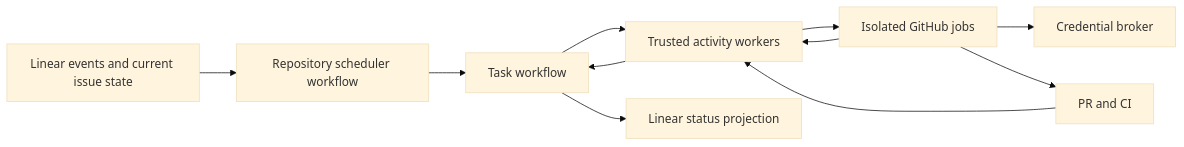
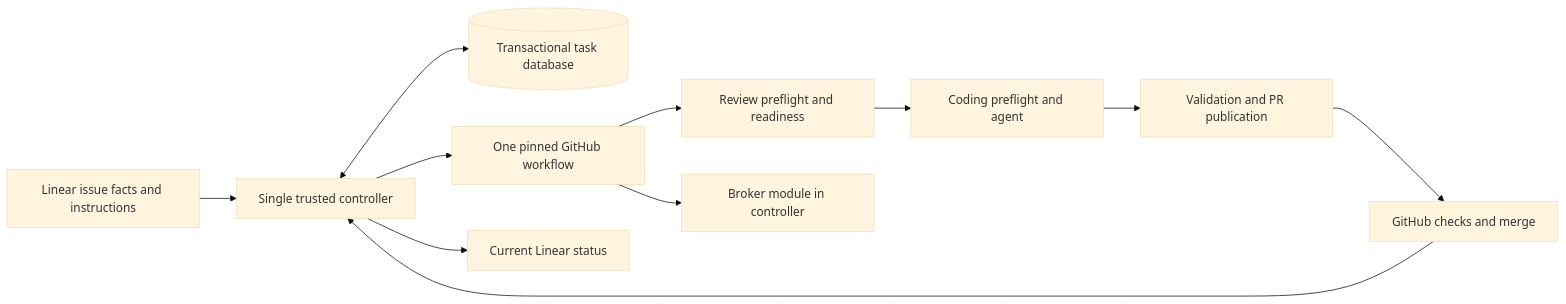
One commit to KianBahasadri/clusterfork changed the diagram in PLAN.md. Above: the diagram before and after it, drawn with Mermaid (base theme). The commit also changed other lines of this file, not shown here.

Commit message:
Replace recovery plan with defect prevention architecture [skip ci]

````diff
--- a/PLAN.md
+++ b/PLAN.md
@@ -68,13 +72,13 @@
 ```mermaid
 flowchart LR
-    L[Linear events and current issue state] --> S[Repository scheduler workflow]
-    S --> T[Task workflow]
-    T --> A[Trusted activity workers]
-    A --> G[Isolated GitHub jobs]
-    G --> B[Credential broker]
-    G --> P[PR and CI]
-    P --> A
-    G --> A
-    A --> T
-    T --> V[Linear status projection]
+    L[Linear issue facts and instructions] --> C[Single trusted controller]
+    C <--> D[(Transactional task database)]
+    C --> G[One pinned GitHub workflow]
+    G --> R[Review preflight and readiness]
+    R --> A[Coding preflight and agent]
+    A --> P[Validation and PR publication]
+    P --> H[GitHub checks and merge]
+    G --> B[Broker module in controller]
+    H --> C
+    C --> S[Current Linear status]
 ```
````
